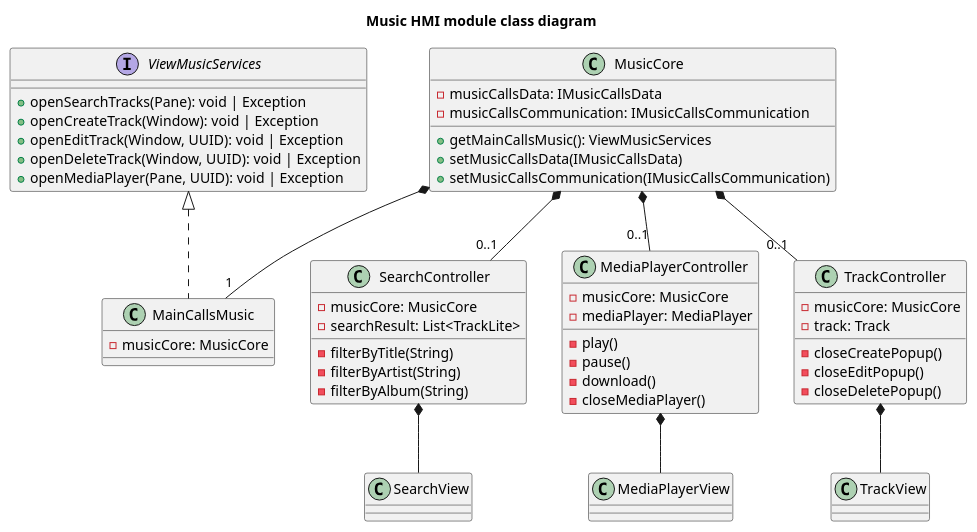
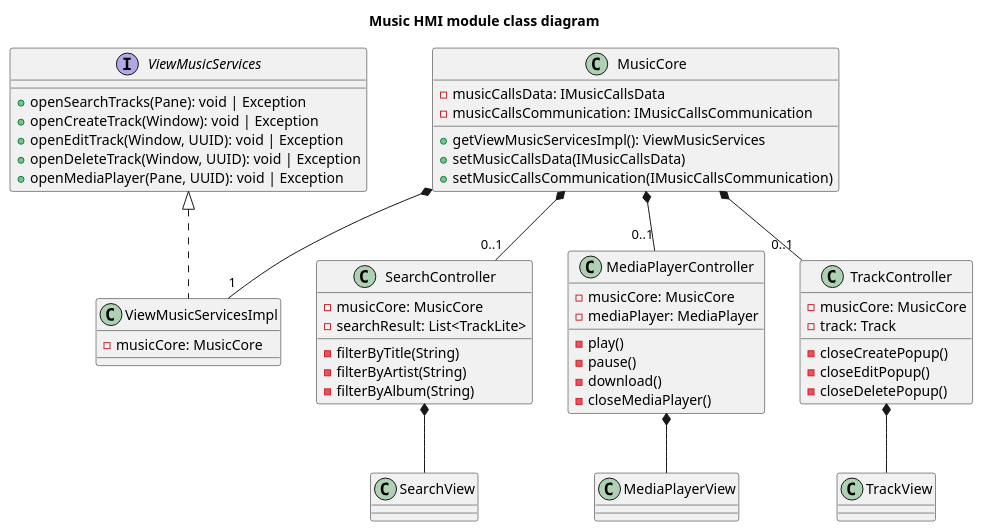
One commit to UTCAI12/Diagrams changed the diagram in class/hmi_music.puml. Above: the diagram before and after it, drawn with PlantUML.

Commit message:
setting "xImpl" instead of "xCallY" for class name

```diff
--- a/class/hmi_music.puml
+++ b/class/hmi_music.puml
@@ -1,71 +1,71 @@
 @startuml Music HMI module class diagram
 title Music HMI module class diagram
 
 interface ViewMusicServices  {
     + openSearchTracks(Pane): void | Exception
     + openCreateTrack(Window): void | Exception
     + openEditTrack(Window, UUID): void | Exception
     + openDeleteTrack(Window, UUID): void | Exception
     + openMediaPlayer(Pane, UUID): void | Exception
 }
 
-class MainCallsMusic implements ViewMusicServices {
+class ViewMusicServicesImpl implements ViewMusicServices {
     - musicCore: MusicCore
 }
 
 class MusicCore {
     - musicCallsData: IMusicCallsData
     - musicCallsCommunication: IMusicCallsCommunication
-    + getMainCallsMusic(): ViewMusicServices 
+    + getViewMusicServicesImpl(): ViewMusicServices 
     + setMusicCallsData(IMusicCallsData)
     + setMusicCallsCommunication(IMusicCallsCommunication)
 }
 
 class SearchController {
     - musicCore: MusicCore
     - searchResult: List<TrackLite>
     - filterByTitle(String)
     - filterByArtist(String)
     - filterByAlbum(String)
 }
 
 class SearchView {
 
 }
 
 class MediaPlayerController {
     - musicCore: MusicCore
     - mediaPlayer: MediaPlayer
     - play()
     - pause()
     - download()
     - closeMediaPlayer()
 }
 
 class MediaPlayerView {
 
 }
 
 class TrackController {
     - musicCore: MusicCore
     - track: Track
     - closeCreatePopup()
     - closeEditPopup()
     - closeDeletePopup()
 }
 
 class TrackView {
 
 }
 
-MusicCore *-- "1" MainCallsMusic
+MusicCore *-- "1" ViewMusicServicesImpl
 
 MusicCore *-- "0..1" SearchController
 MusicCore *-- "0..1" MediaPlayerController
 MusicCore *-- "0..1" TrackController
 
 SearchController *-- SearchView
 MediaPlayerController *-- MediaPlayerView
 TrackController *-- TrackView
 
 @enduml
```
